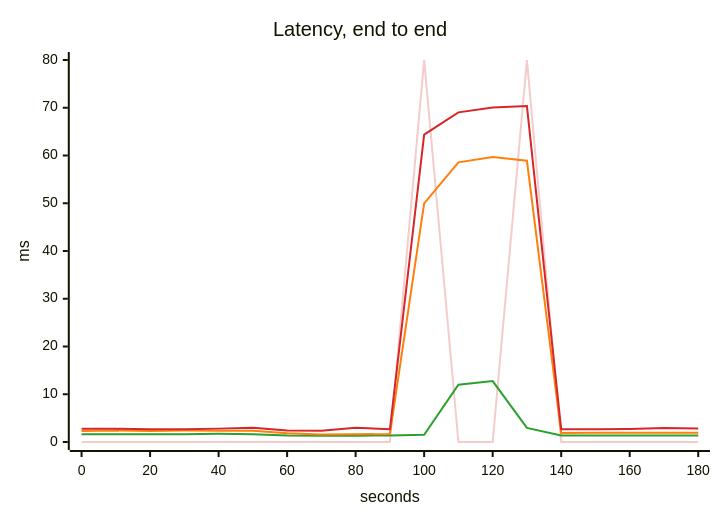
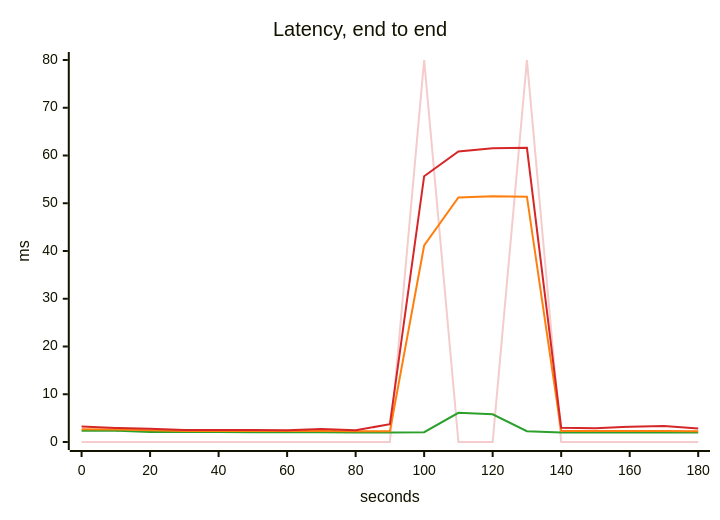
Before and after one commit to akinfemi/load-lore: the third of 5 diagrams in scenarios/featured-on-hacker-news/solutions/headroom/report.md, drawn with Mermaid. The commit also changed other lines of this file and 49 other files, not shown here.

````diff
--- a/scenarios/featured-on-hacker-news/solutions/headroom/report.md
+++ b/scenarios/featured-on-hacker-news/solutions/headroom/report.md
@@ -56,17 +57,17 @@
 ```mermaid
 ---
 config:
   themeVariables:
     xyChart:
       backgroundColor: "transparent"
       plotColorPalette: "#f4cccc, #2ca02c, #ff7f0e, #d62728"
 ---
 xychart-beta
     title "Latency, end to end"
     x-axis "seconds" 0 --> 180
     y-axis "ms" 0 --> 80
     line [0, 0, 0, 0, 0, 0, 0, 0, 0, 0, 80, 0, 0, 80, 0, 0, 0, 0, 0]
-    line [1.648, 1.632, 1.626, 1.633, 1.712, 1.637, 1.367, 1.329, 1.333, 1.338, 1.5, 11.998, 12.765, 2.941, 1.375, 1.373, 1.379, 1.374, 1.379]
-    line [2.296, 2.39, 2.29, 2.391, 2.347, 2.362, 1.83, 1.572, 1.623, 1.675, 49.965, 58.564, 59.665, 58.9, 1.91, 1.917, 1.924, 1.912, 1.949]
-    line [2.772, 2.755, 2.667, 2.692, 2.801, 2.987, 2.405, 2.342, 2.984, 2.664, 64.366, 69.035, 70.036, 70.369, 2.656, 2.662, 2.707, 2.926, 2.829]
+    line [2.366, 2.359, 2.104, 2.071, 2.072, 2.066, 2.04, 2.02, 1.994, 1.977, 2.052, 6.1, 5.801, 2.257, 1.969, 1.965, 1.968, 1.974, 1.967]
+    line [2.657, 2.625, 2.465, 2.307, 2.306, 2.307, 2.288, 2.28, 2.249, 2.273, 41.159, 51.21, 51.462, 51.369, 2.285, 2.282, 2.294, 2.298, 2.272]
+    line [3.25, 2.932, 2.751, 2.489, 2.492, 2.499, 2.44, 2.706, 2.46, 3.716, 55.66, 60.831, 61.494, 61.612, 3.003, 2.895, 3.199, 3.353, 2.82]
 ```
````
